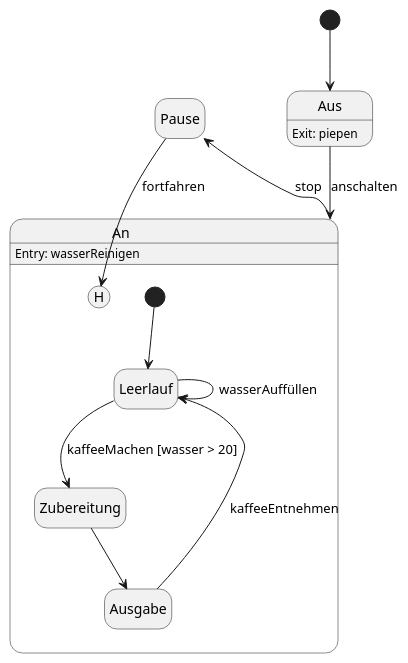
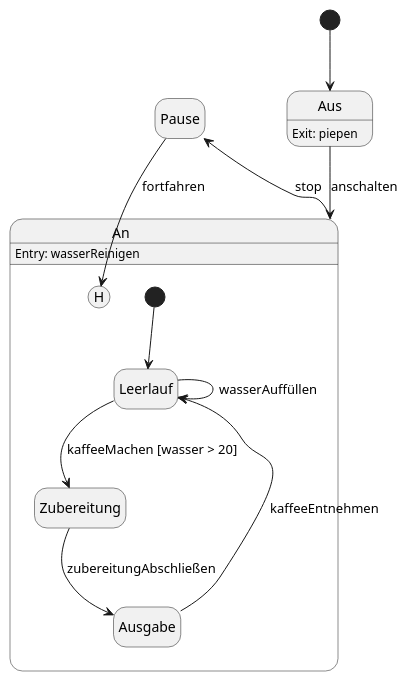
The diagram in example_coffeeMachine/coffeeMachine.puml (LuchsHub/PlantUML-StateChart-To-Python), drawn with PlantUML before and after one commit.

Commit message:
Updated example source model so every transition contains an event

```diff
--- a/example_coffeeMachine/coffeeMachine.puml
+++ b/example_coffeeMachine/coffeeMachine.puml
@@ -1,29 +1,29 @@
 @startuml
 hide empty description
 
 state Aus
 state An
 state Pause
 
 [*] --> Aus
 
 Aus: Exit: piepen
 
 Aus --> An : anschalten
 
 state An {
   An: Entry: wasserReinigen
 
   [*] --> Leerlauf
   Leerlauf --> Leerlauf : wasserAuffüllen
 
   Leerlauf --> Zubereitung : kaffeeMachen [wasser > 20]
 
-  Zubereitung --> Ausgabe
+  Zubereitung --> Ausgabe : zubereitungAbschließen
 
   Ausgabe --> Leerlauf : kaffeeEntnehmen
 }
 
 An --> Pause : stop
 Pause --> An[H] : fortfahren
 @enduml
```
